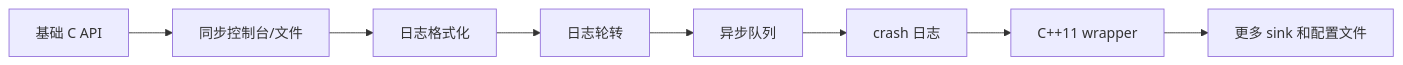
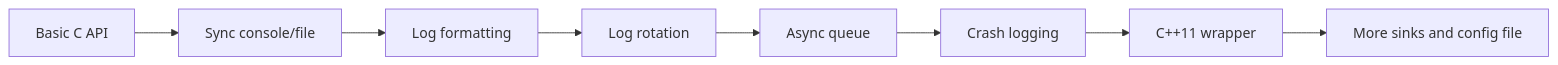
Diagram 12 of 12 in README.md (HuangX666/hx_clog), drawn with Mermaid before and after one commit. The commit also changed other lines of this file and 9 other files, not shown here.

````diff
--- a/README.md
+++ b/README.md
@@ -1494,10 +1485,10 @@
 ```mermaid
 flowchart LR
-    A["基础 C API"] --> B["同步控制台/文件"]
-    B --> C["日志格式化"]
-    C --> D["日志轮转"]
-    D --> E["异步队列"]
-    E --> F["crash 日志"]
+    A["Basic C API"] --> B["Sync console/file"]
+    B --> C["Log formatting"]
+    C --> D["Log rotation"]
+    D --> E["Async queue"]
+    E --> F["Crash logging"]
     F --> G["C++11 wrapper"]
-    G --> H["更多 sink 和配置文件"]
+    G --> H["More sinks and config file"]
 ```
````
